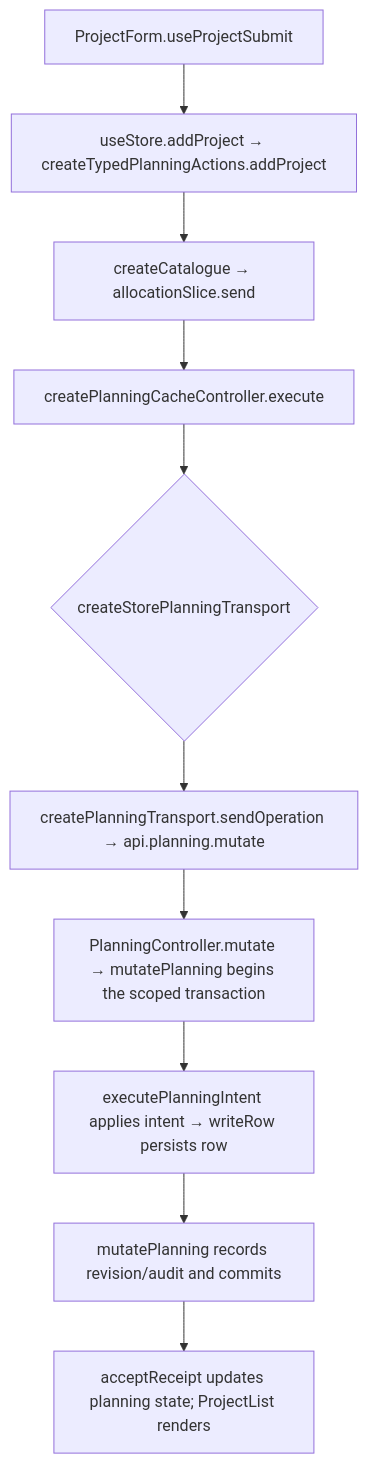
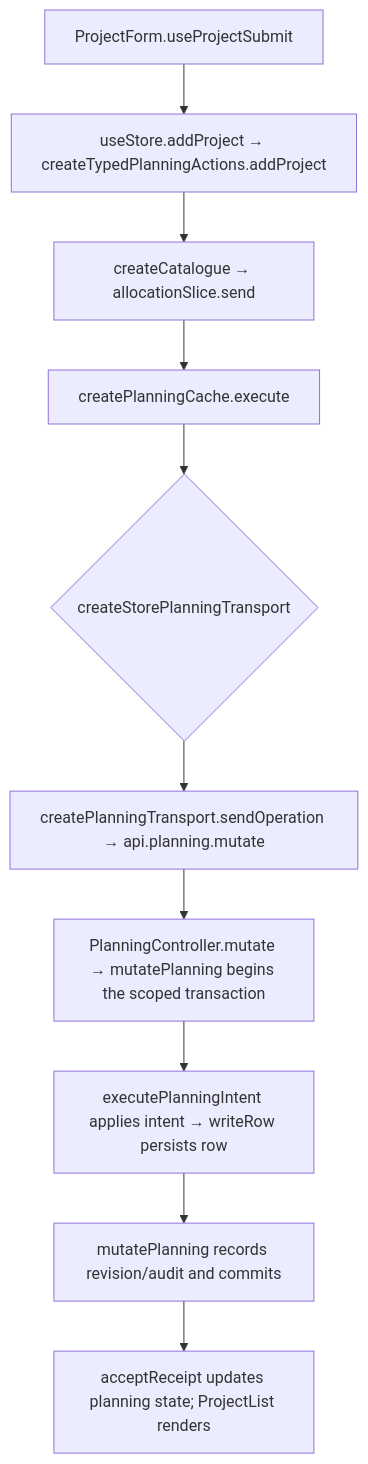
One commit to Kevinjohn/capacitylens changed the second of 2 diagrams in user-stories/projects/US-PRJ-01-add-project.md. Above: the diagram before and after it, drawn with Mermaid. The commit also changed other lines of this file and 117 other files, not shown here.

First line of the commit message:
Planning cache: rename the planning cache controller family

````diff
--- a/user-stories/projects/US-PRJ-01-add-project.md
+++ b/user-stories/projects/US-PRJ-01-add-project.md
@@ -37,8 +37,8 @@
 ```mermaid
 flowchart TD
   A["ProjectForm.useProjectSubmit"] --> B["useStore.addProject → createTypedPlanningActions.addProject"]
   B --> C["createCatalogue → allocationSlice.send"]
-  C --> D["createPlanningCacheController.execute"] --> E{"createStorePlanningTransport"}
+  C --> D["createPlanningCache.execute"] --> E{"createStorePlanningTransport"}
   E --> F["createPlanningTransport.sendOperation → api.planning.mutate"] --> G["PlanningController.mutate → mutatePlanning begins the scoped transaction"]
   G --> H["executePlanningIntent applies intent → writeRow persists row"] --> K["mutatePlanning records revision/audit and commits"] --> J["acceptReceipt updates planning state; ProjectList renders"]
 ```
````
